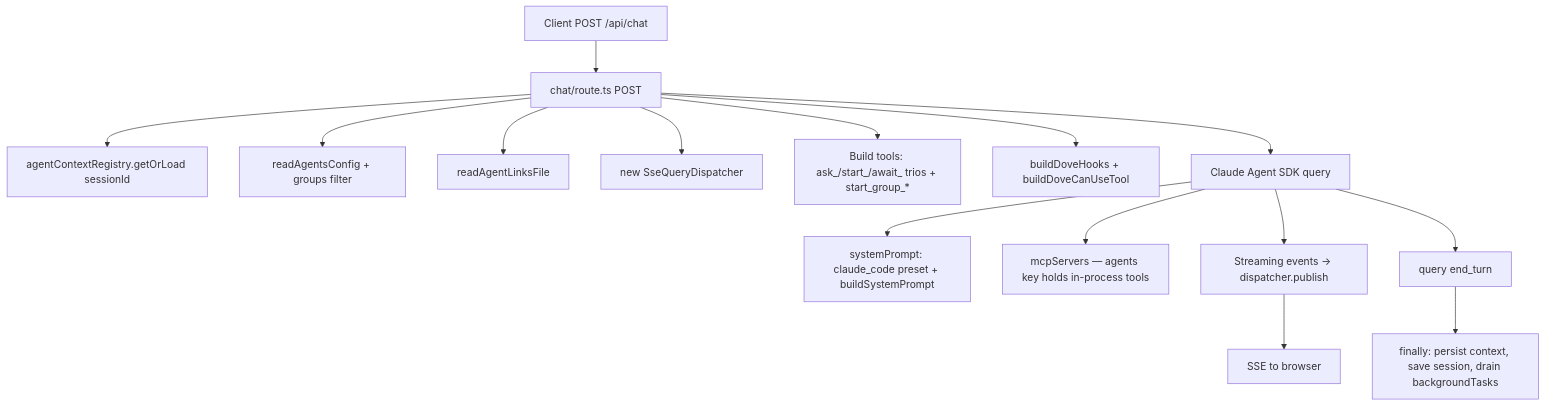
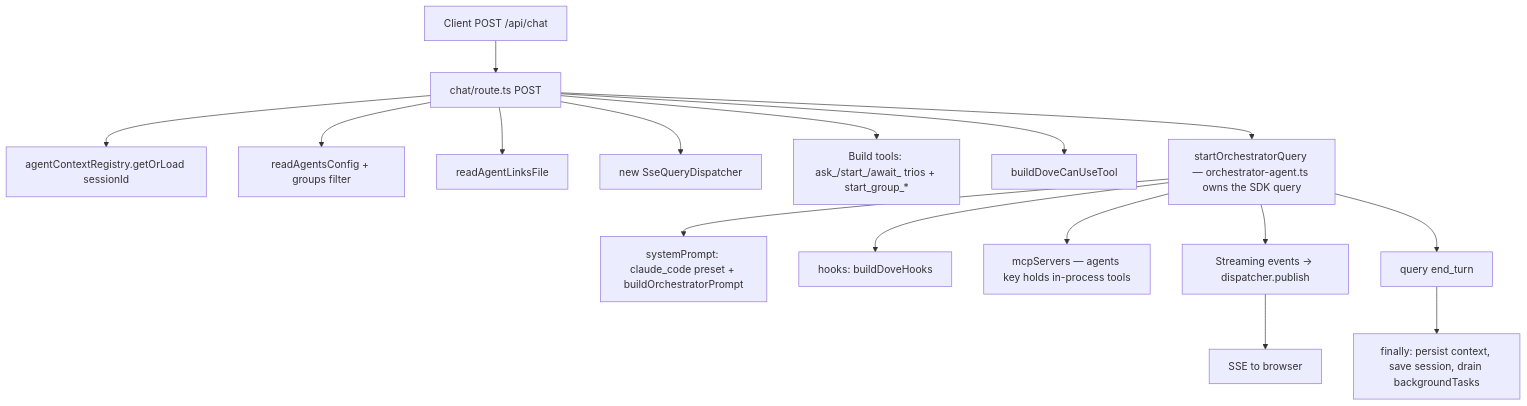
The fourth of 7 diagrams in docs/specs/03-orchestrator-behaviour.md (PixelPaw-Labs/DovePaw), drawn with Mermaid before and after one commit. The commit also changed other lines of this file and 14 other files, not shown here.

````diff
--- a/docs/specs/03-orchestrator-behaviour.md
+++ b/docs/specs/03-orchestrator-behaviour.md
@@ -105,19 +105,20 @@
 ```mermaid
 flowchart TD
   click["Client POST /api/chat"] --> route["chat/route.ts POST"]
   route --> ctx["agentContextRegistry.getOrLoad sessionId"]
   route --> agents["readAgentsConfig + groups filter"]
   route --> linksFile["readAgentLinksFile"]
   route --> dispatcher["new SseQueryDispatcher"]
   route --> tools["Build tools: ask_/start_/await_ trios + start_group_*"]
-  route --> hooks["buildDoveHooks + buildDoveCanUseTool"]
+  route --> hooks["buildDoveCanUseTool"]
 
-  route --> Q["Claude Agent SDK query"]
-  Q --> sysprompt["systemPrompt: claude_code preset + buildSystemPrompt"]
+  route --> Q["startOrchestratorQuery — orchestrator-agent.ts owns the SDK query"]
+  Q --> sysprompt["systemPrompt: claude_code preset + buildOrchestratorPrompt"]
+  Q --> qhooks["hooks: buildDoveHooks"]
   Q --> mcp["mcpServers — agents key holds in-process tools"]
   Q --> sse["Streaming events → dispatcher.publish"]
   sse --> client["SSE to browser"]
 
   Q --> done["query end_turn"]
   done --> finalize["finally: persist context, save session, drain backgroundTasks"]
 ```
````
